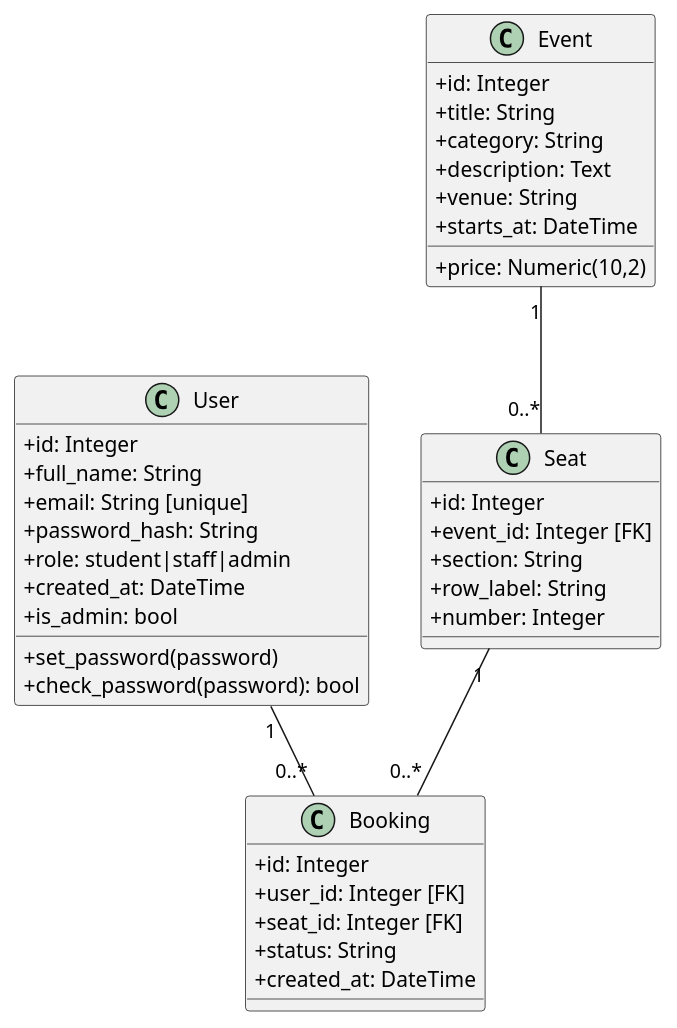
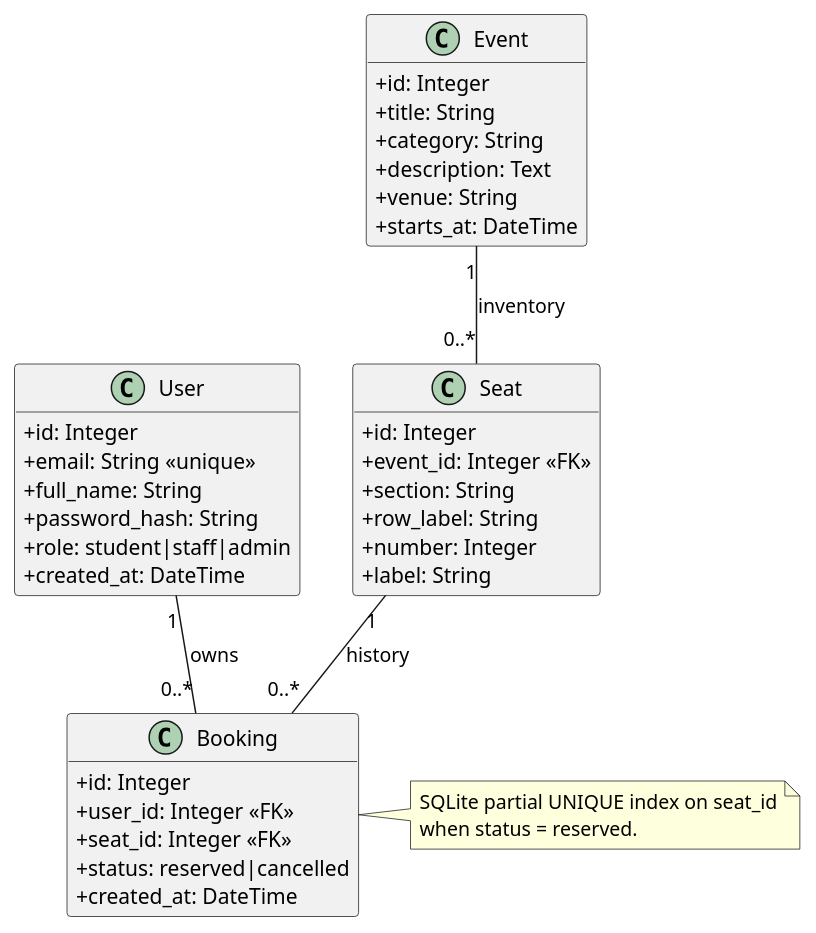
One commit to ItsMONIKAAKTER/CSTBS changed the second of 5 diagrams in docs/uml.md. Above: the diagram before and after it, drawn with PlantUML. The commit also changed other lines of this file and 24 other files, not shown here.

````diff
--- a/docs/uml.md
+++ b/docs/uml.md
@@ -42,42 +48,46 @@
 ```plantuml
 @startuml
+hide methods
 skinparam classAttributeIconSize 0
 class User {
   +id: Integer
+  +email: String <<unique>>
   +full_name: String
-  +email: String [unique]
   +password_hash: String
   +role: student|staff|admin
   +created_at: DateTime
-  +set_password(password)
-  +check_password(password): bool
-  +is_admin: bool
 }
 class Event {
   +id: Integer
   +title: String
   +category: String
   +description: Text
   +venue: String
   +starts_at: DateTime
   +price: Numeric(10,2)
 }
 class Seat {
   +id: Integer
-  +event_id: Integer [FK]
+  +event_id: Integer <<FK>>
   +section: String
   +row_label: String
   +number: Integer
+  +label: String
 }
 class Booking {
   +id: Integer
-  +user_id: Integer [FK]
-  +seat_id: Integer [FK]
-  +status: String
+  +user_id: Integer <<FK>>
+  +seat_id: Integer <<FK>>
+  +status: reserved|cancelled
+  +price_at_booking: Numeric(10,2)
   +created_at: DateTime
 }
-User "1" -- "0..*" Booking
-Event "1" -- "0..*" Seat
-Seat "1" -- "0..*" Booking
+User "1" -- "0..*" Booking : owns
+Event "1" -- "0..*" Seat : inventory
+Seat "1" -- "0..*" Booking : history
+note right of Booking
+  SQLite partial UNIQUE index on seat_id
+  when status = reserved.
+end note
 @enduml
 ```
````
